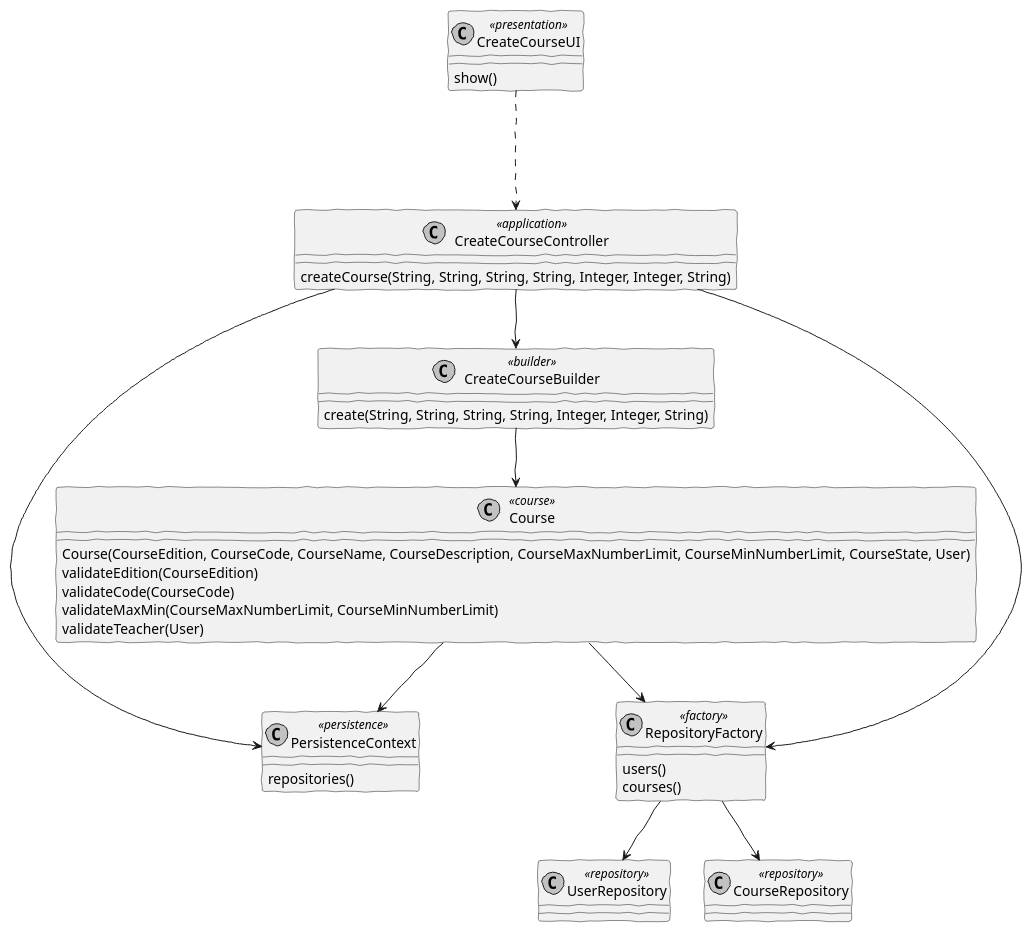
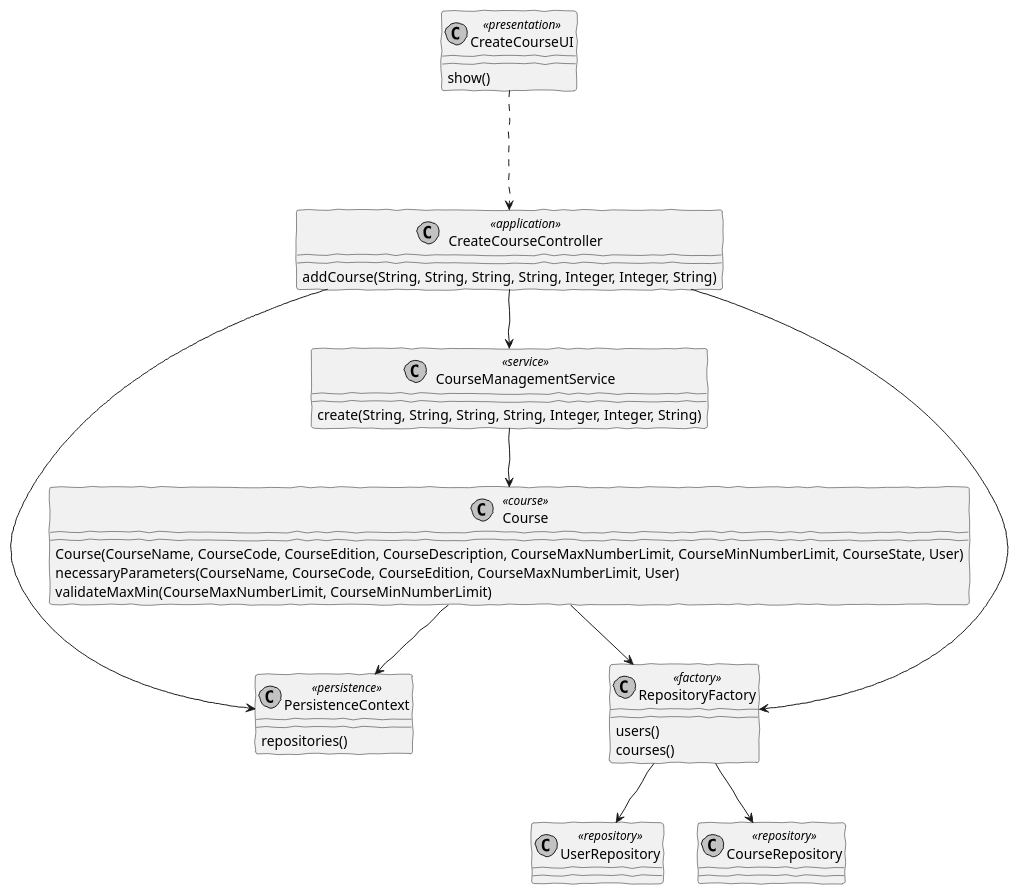
The diagram in docs/SPRINT B/US_1002/CD/CD.puml (brunacosta03/sem4pi_22_23), drawn with PlantUML before and after one commit. The commit also changed 1 other file, not shown here.

```diff
--- a/docs/SPRINT B/US_1002/CD/CD.puml
+++ b/docs/SPRINT B/US_1002/CD/CD.puml
@@ -1,61 +1,59 @@
 @startuml
 'https://plantuml.com/class-diagram
 
 skinparam handwritten true
 skinparam monochrome true
 skinparam packageStyle rect
 skinparam defaultFontName FG Virgil
 skinparam shadowing false
 
 class CreateCourseUI <<presentation>>
 class CreateCourseController<<application>>
-class CreateCourseBuilder<<builder>>
+class CourseManagementService<<service>>
 class Course<<course>>
 class PersistenceContext<<persistence>>
 class RepositoryFactory<<factory>>
 class UserRepository <<repository>>
 class CourseRepository <<repository>>
 class Course <<course>>
 
 class CreateCourseUI{
 show()
 }
 
 class CreateCourseController{
-createCourse(String, String, String, String, Integer, Integer, String)
+addCourse(String, String, String, String, Integer, Integer, String)
 }
 
-class CreateCourseBuilder{
+class CourseManagementService{
 create(String, String, String, String, Integer, Integer, String)
 }
 
 class Course{
-Course(CourseEdition, CourseCode, CourseName, CourseDescription, CourseMaxNumberLimit, CourseMinNumberLimit, CourseState, User)
-validateEdition(CourseEdition)
-validateCode(CourseCode)
+Course(CourseName, CourseCode, CourseEdition, CourseDescription, CourseMaxNumberLimit, CourseMinNumberLimit, CourseState, User)
+necessaryParameters(CourseName, CourseCode, CourseEdition, CourseMaxNumberLimit, User)
 validateMaxMin(CourseMaxNumberLimit, CourseMinNumberLimit)
-validateTeacher(User)
 }
 
 class PersistenceContext{
 repositories()
 }
 
 class RepositoryFactory{
 users()
 courses()
 }
 CreateCourseUI -.-> CreateCourseController
 
-CreateCourseController --> CreateCourseBuilder
+CreateCourseController --> CourseManagementService
 CreateCourseController --> PersistenceContext
 CreateCourseController --> RepositoryFactory
 
-CreateCourseBuilder --> Course
+CourseManagementService --> Course
 
 Course --> PersistenceContext
 Course --> RepositoryFactory
 
 RepositoryFactory --> UserRepository
 RepositoryFactory --> CourseRepository
 @enduml
```
